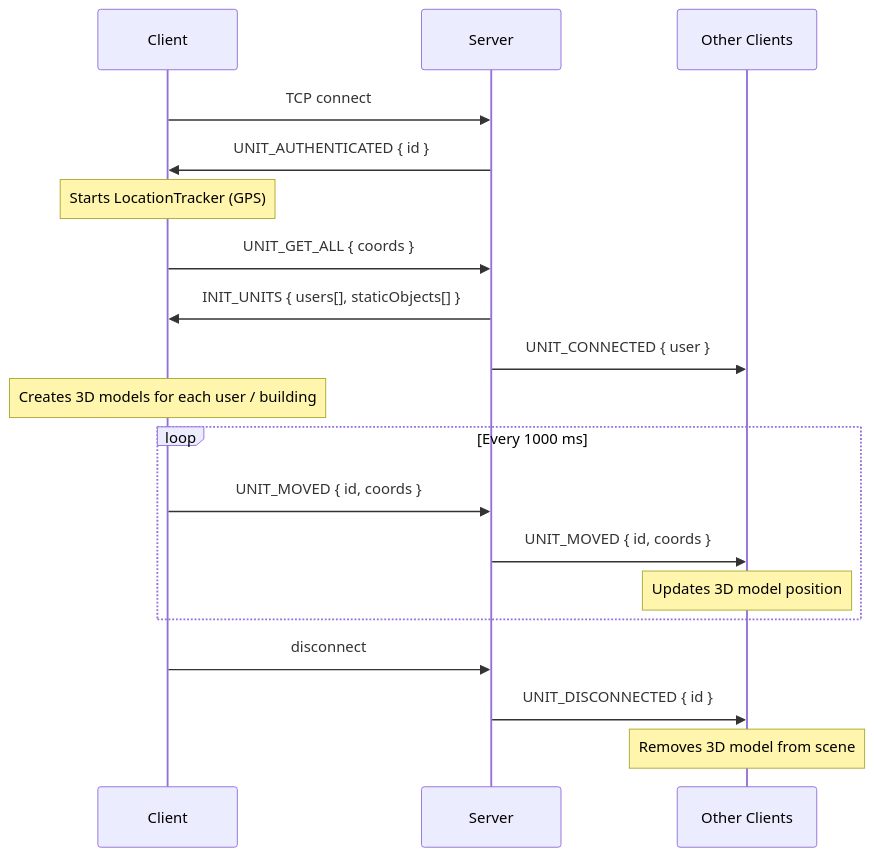
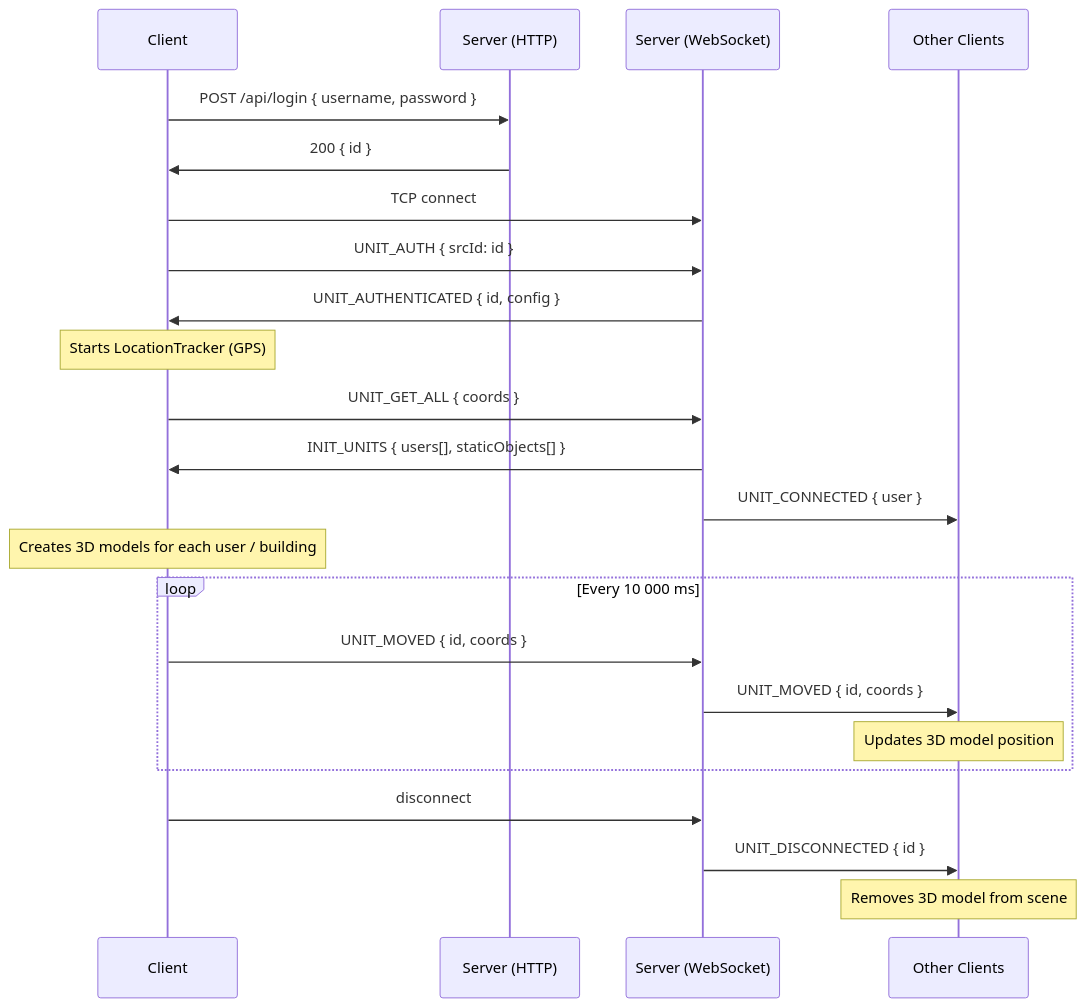
Before and after one commit to NeradziukA/hives: the diagram in docs/architecture.md, drawn with Mermaid. The commit also changed other lines of this file and 35 other files, not shown here.

First line of the commit message:
feat: PostgreSQL integration and username/password authentication

````diff
--- a/docs/architecture.md
+++ b/docs/architecture.md
@@ -5,25 +5,30 @@
 ```mermaid
 sequenceDiagram
     participant C as Client
-    participant S as Server
+    participant S as Server (HTTP)
+    participant WS as Server (WebSocket)
     participant O as Other Clients
 
-    C->>S: TCP connect
-    S->>C: UNIT_AUTHENTICATED { id }
+    C->>S: POST /api/login { username, password }
+    S->>C: 200 { id }
+
+    C->>WS: TCP connect
+    C->>WS: UNIT_AUTH { srcId: id }
+    WS->>C: UNIT_AUTHENTICATED { id, config }
     Note over C: Starts LocationTracker (GPS)
 
-    C->>S: UNIT_GET_ALL { coords }
-    S->>C: INIT_UNITS { users[], staticObjects[] }
-    S->>O: UNIT_CONNECTED { user }
+    C->>WS: UNIT_GET_ALL { coords }
+    WS->>C: INIT_UNITS { users[], staticObjects[] }
+    WS->>O: UNIT_CONNECTED { user }
     Note over C: Creates 3D models for each user / building
 
-    loop Every 1000 ms
-        C->>S: UNIT_MOVED { id, coords }
-        S->>O: UNIT_MOVED { id, coords }
+    loop Every 10 000 ms
+        C->>WS: UNIT_MOVED { id, coords }
+        WS->>O: UNIT_MOVED { id, coords }
         Note over O: Updates 3D model position
     end
 
-    C->>S: disconnect
-    S->>O: UNIT_DISCONNECTED { id }
+    C->>WS: disconnect
+    WS->>O: UNIT_DISCONNECTED { id }
     Note over O: Removes 3D model from scene
 ```
````
